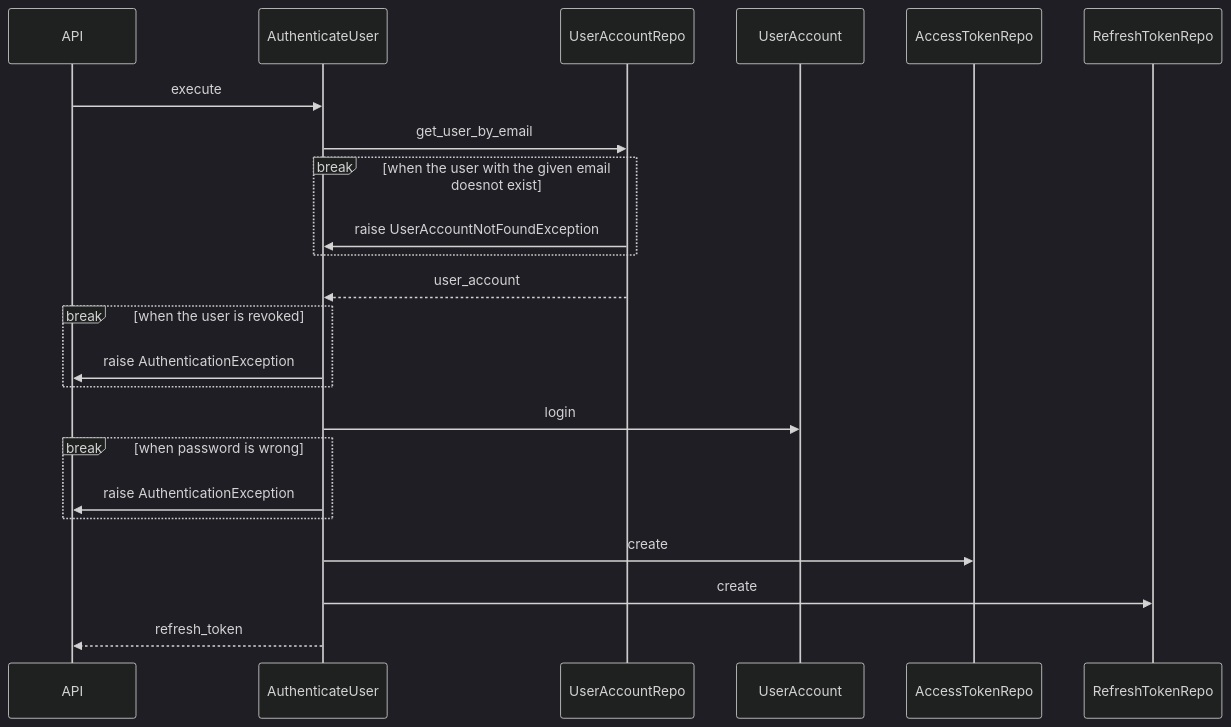
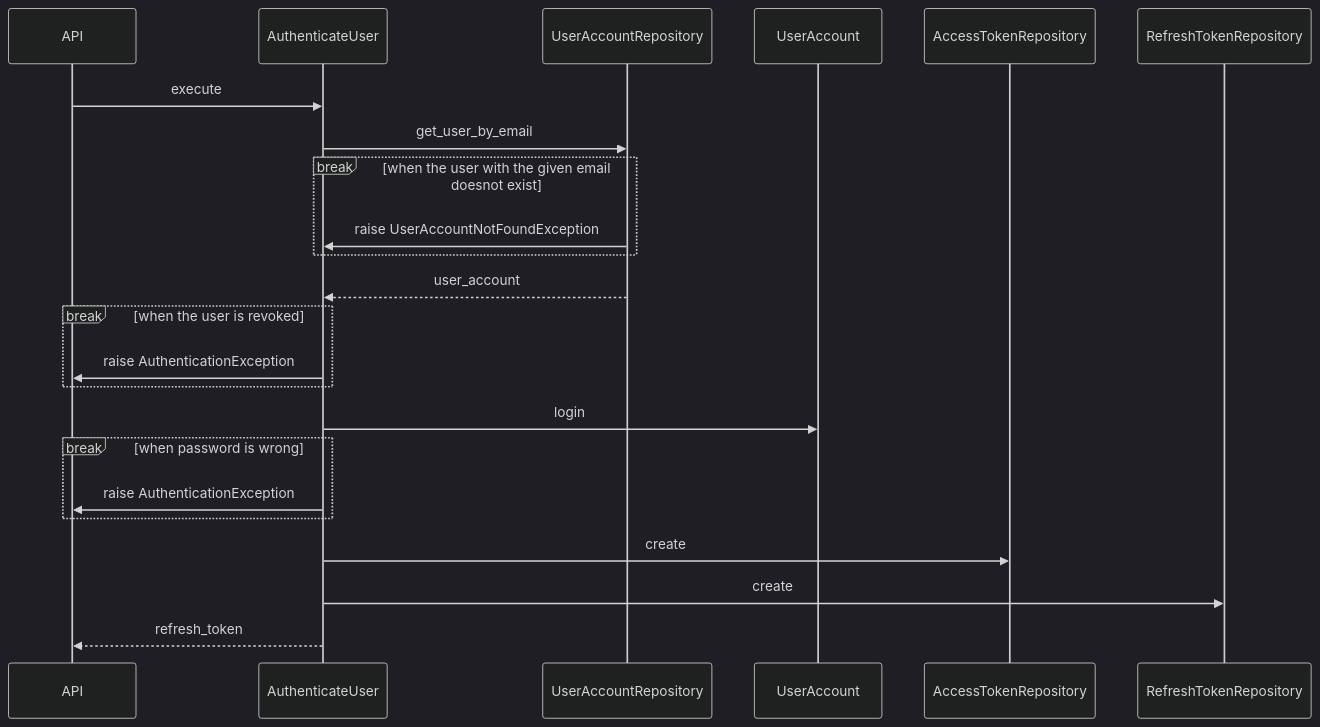
The first of 2 diagrams in backend/src/kwai/modules/identity/README.md (fbraem/kwai), drawn with Mermaid (dark theme) before and after one commit. The commit also changed other lines of this file, not shown here.

Commit message:
Add Refresh Token

````diff
--- a/backend/src/kwai/modules/identity/README.md
+++ b/backend/src/kwai/modules/identity/README.md
@@ -7,19 +7,19 @@
 ```mermaid
 sequenceDiagram
     API->>AuthenticateUser: execute
-    AuthenticateUser->>UserAccountRepo: get_user_by_email
+    AuthenticateUser->>UserAccountRepository: get_user_by_email
     break when the user with the given email doesnot exist
-        UserAccountRepo->>AuthenticateUser: raise UserAccountNotFoundException
+        UserAccountRepository->>AuthenticateUser: raise UserAccountNotFoundException
     end
-    UserAccountRepo-->>AuthenticateUser: user_account
+    UserAccountRepository-->>AuthenticateUser: user_account
     break when the user is revoked
         AuthenticateUser->>API: raise AuthenticationException
     end
     AuthenticateUser->>UserAccount: login
     break when password is wrong
         AuthenticateUser->>API: raise AuthenticationException
     end
-    AuthenticateUser->>AccessTokenRepo: create
-    AuthenticateUser->>RefreshTokenRepo: create
+    AuthenticateUser->>AccessTokenRepository: create
+    AuthenticateUser->>RefreshTokenRepository: create
     AuthenticateUser-->>API: refresh_token
 ```
````
